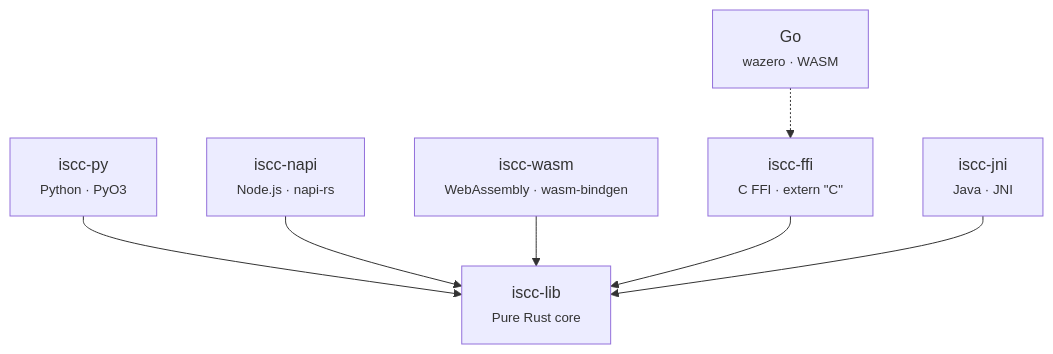
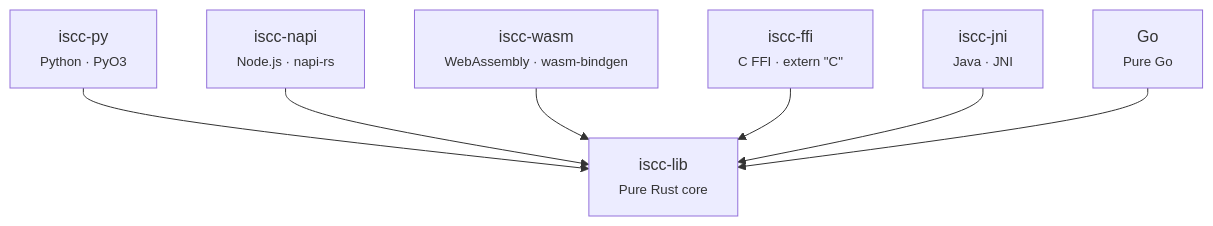
One commit to iscc/iscc-lib changed the diagram in docs/architecture.md. Above: the diagram before and after it, drawn with Mermaid. The commit also changed other lines of this file and 3 other files, not shown here.

First line of the commit message:
cid(advance): remove stale wazero/WASM references from docs

````diff
--- a/docs/architecture.md
+++ b/docs/architecture.md
@@ -19,9 +19,9 @@
 ```mermaid
 graph TD
     PY["iscc-py<br/><small>Python · PyO3</small>"] --> CORE["iscc-lib<br/><small>Pure Rust core</small>"]
     NAPI["iscc-napi<br/><small>Node.js · napi-rs</small>"] --> CORE
     WASM["iscc-wasm<br/><small>WebAssembly · wasm-bindgen</small>"] --> CORE
     FFI["iscc-ffi<br/><small>C FFI · extern &quot;C&quot;</small>"] --> CORE
     JNI["iscc-jni<br/><small>Java · JNI</small>"] --> CORE
-    GO["Go<br/><small>wazero · WASM</small>"] -.-> FFI
+    GO["Go<br/><small>Pure Go</small>"] --> CORE
 ```
````
